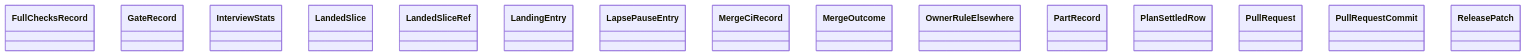
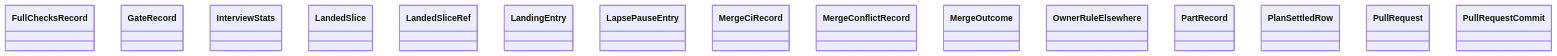
The diagram in docs/architecture/generated/classes-process-domain-state-4.md (GonzaloZevallos/agentic-system), drawn with Mermaid before and after one commit. The commit also changed 18 other files, not shown here.

First line of the commit message:
Record shape of a git-found conflict and a recorded input for merge_conflicts_from

````diff
--- a/docs/architecture/generated/classes-process-domain-state-4.md
+++ b/docs/architecture/generated/classes-process-domain-state-4.md
@@ -21,18 +21,18 @@
 ```mermaid
 classDiagram
     class task__FullChecksRecord["FullChecksRecord"]
     class task__GateRecord["GateRecord"]
     class task__InterviewStats["InterviewStats"]
     class task__LandedSlice["LandedSlice"]
     class task__LandedSliceRef["LandedSliceRef"]
     class task__LandingEntry["LandingEntry"]
     class task__LapsePauseEntry["LapsePauseEntry"]
     class task__MergeCiRecord["MergeCiRecord"]
+    class task__MergeConflictRecord["MergeConflictRecord"]
     class task__MergeOutcome["MergeOutcome"]
     class task__OwnerRuleElsewhere["OwnerRuleElsewhere"]
     class task__PartRecord["PartRecord"]
     class task__PlanSettledRow["PlanSettledRow"]
     class task__PullRequest["PullRequest"]
     class task__PullRequestCommit["PullRequestCommit"]
-    class task__ReleasePatch["ReleasePatch"]
 ```
````
